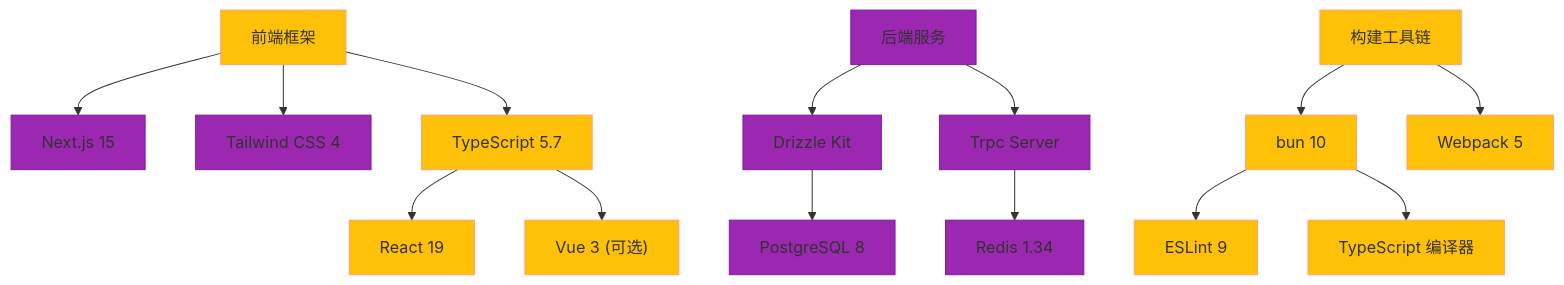
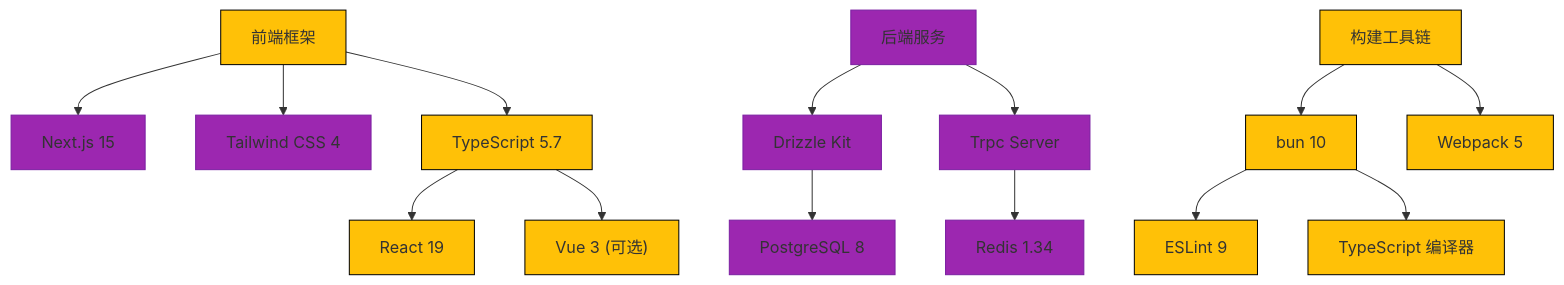
The diagram in README.md (eonova/eonova.me), drawn with Mermaid before and after one commit.

Commit message:
📝 update docs

````diff
--- a/README.md
+++ b/README.md
@@ -21,25 +21,25 @@
 ```mermaid
 graph TD
     A[前端框架] --> B["Next.js 15"]
     A --> C["Tailwind CSS 4"]
     A --> D["TypeScript 5.7"]
     D --> E["React 19"]
     D --> F["Vue 3 (可选)"]
     
     G[后端服务] --> H["Drizzle Kit"]
     G --> I["Trpc Server"]
     H --> J["PostgreSQL 8"]
     I --> K["Redis 1.34"]
     
     L[构建工具链] --> M["bun 10"]
     L --> N["Webpack 5"]
     M --> O["ESLint 9"]
     M --> P["TypeScript 编译器"]
     
     classDef framework fill:#2196F3,stroke:#1976D2;
-    classDef service fill:#FFC107,stroke:#FFA07A;
+    classDef service fill:#FFC107,stroke:#000;
     classDef build fill:#9C27B0,stroke:#7B1FA2;
     
     class A,F,D,E,L,N,M,O,P service;
     class B,C,G,H,I,J,K build;
 ```
````
